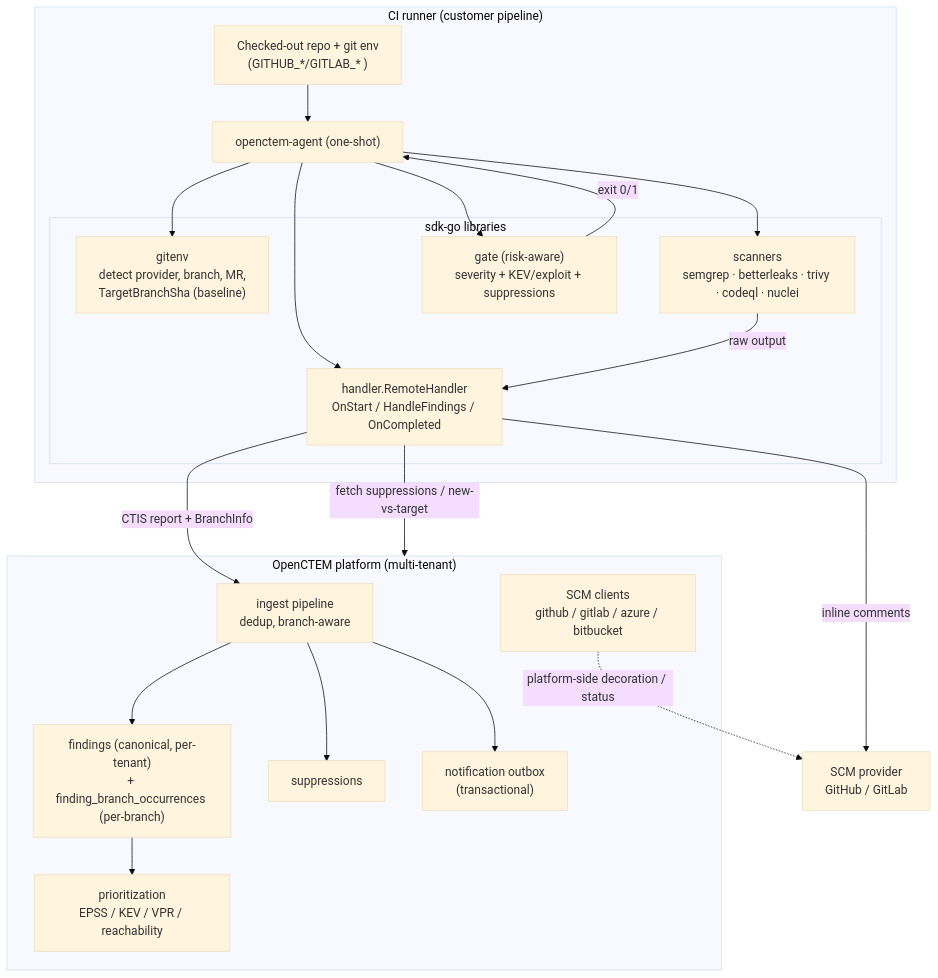
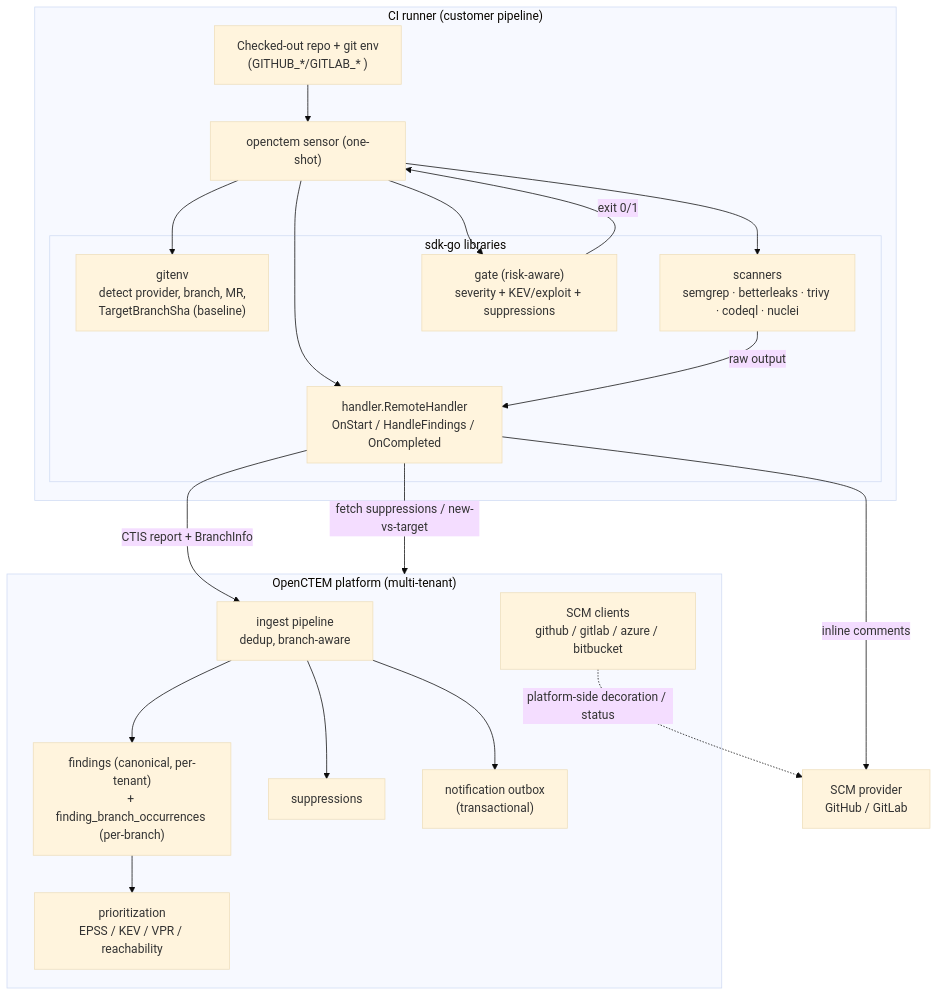
One commit to openctemio/openctem changed the first of 3 diagrams in api/docs/architecture/shift-left-ci-scanning.md. Above: the diagram before and after it, drawn with Mermaid (base theme). The commit also changed other lines of this file and 63 other files, not shown here.

First line of the commit message:
docs: architecture docs in English, accurate, without internal notes

````diff
--- a/api/docs/architecture/shift-left-ci-scanning.md
+++ b/api/docs/architecture/shift-left-ci-scanning.md
@@ -18,36 +18,36 @@
 ```mermaid
 graph TD
   subgraph CI["CI runner (customer pipeline)"]
     SRC["Checked-out repo + git env<br/>(GITHUB_*/GITLAB_* )"]
-    AG["openctem-agent (one-shot)"]
+    AG["openctem sensor (one-shot)"]
     subgraph SDK["sdk-go libraries"]
       GE["gitenv<br/>detect provider, branch, MR,<br/>TargetBranchSha (baseline)"]
       HD["handler.RemoteHandler<br/>OnStart / HandleFindings / OnCompleted"]
       SC["scanners<br/>semgrep · betterleaks · trivy · codeql · nuclei"]
       GT["gate (risk-aware)<br/>severity + KEV/exploit + suppressions"]
     end
     AG --> GE & HD & SC & GT
   end
 
   subgraph API["OpenCTEM platform (multi-tenant)"]
     IN["ingest pipeline<br/>dedup, branch-aware"]
     FD["findings (canonical, per-tenant)<br/>+ finding_branch_occurrences (per-branch)"]
     PR["prioritization<br/>EPSS / KEV / VPR / reachability"]
     SUP["suppressions"]
     OBX["notification outbox<br/>(transactional)"]
     SCMC["SCM clients<br/>github / gitlab / azure / bitbucket"]
   end
 
   GIT["SCM provider<br/>GitHub / GitLab"]
 
   SRC --> AG
   SC -->|raw output| HD
   HD -->|CTIS report + BranchInfo| IN
   IN --> FD --> PR
   IN --> SUP
   IN --> OBX
   HD -->|fetch suppressions / new-vs-target| API
   GT -->|exit 0/1| AG
   HD -->|inline comments| GIT
   SCMC -.->|platform-side decoration / status| GIT
 ```
````
